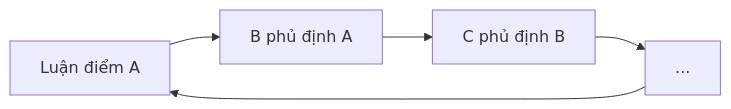
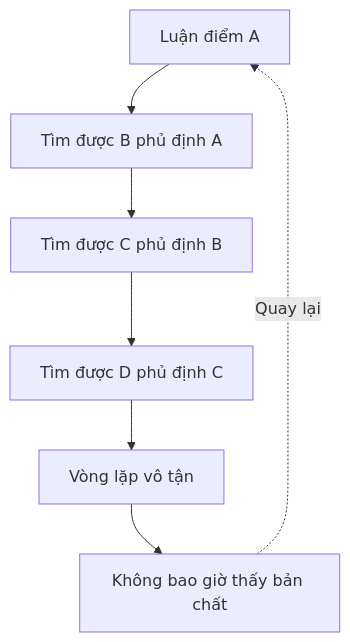
Before and after one commit to dyukahi/knowledge: the first of 3 diagrams in esoterica/Nghịch Lý Của Hiểu Biết.md, drawn with Mermaid. The commit also changed other lines of this file, not shown here.

````diff
--- a/esoterica/Nghịch Lý Của Hiểu Biết.md
+++ b/esoterica/Nghịch Lý Của Hiểu Biết.md
@@ -18,7 +20,12 @@
 ```mermaid
-flowchart LR
-    A[Luận điểm A] --> B[B phủ định A]
-    B --> C[C phủ định B]
-    C --> D[...]
-    D --> A
+flowchart TD
+    A[Luận điểm A]
+    B[Tìm được B phủ định A]
+    C[Tìm được C phủ định B]
+    D[Tìm được D phủ định C]
+    L[Vòng lặp vô tận]
+    N[Không bao giờ thấy bản chất]
+    
+    A --> B --> C --> D --> L --> N
+    N -.->|"Quay lại"| A
 ```
````
